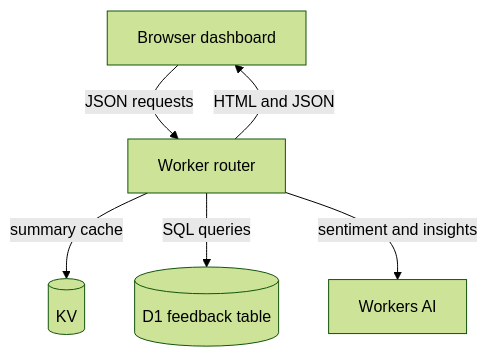
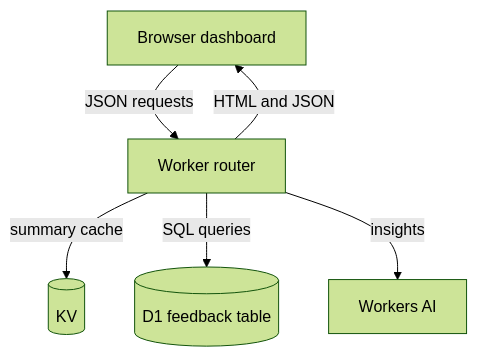
The diagram in README.md (Albert-bit07/feedback-analyzer), drawn with Mermaid (forest theme) before and after one commit. The commit also changed other lines of this file and 2 other files, not shown here.

````diff
--- a/README.md
+++ b/README.md
@@ -20,8 +20,8 @@
 ```mermaid
 flowchart TD
   B[Browser dashboard] -->|JSON requests| W[Worker router]
   W -->|summary cache| K[(KV)]
   W -->|SQL queries| D[(D1 feedback table)]
-  W -->|sentiment and insights| A[Workers AI]
+  W -->|insights| A[Workers AI]
   W -->|HTML and JSON| B
 ```
````
